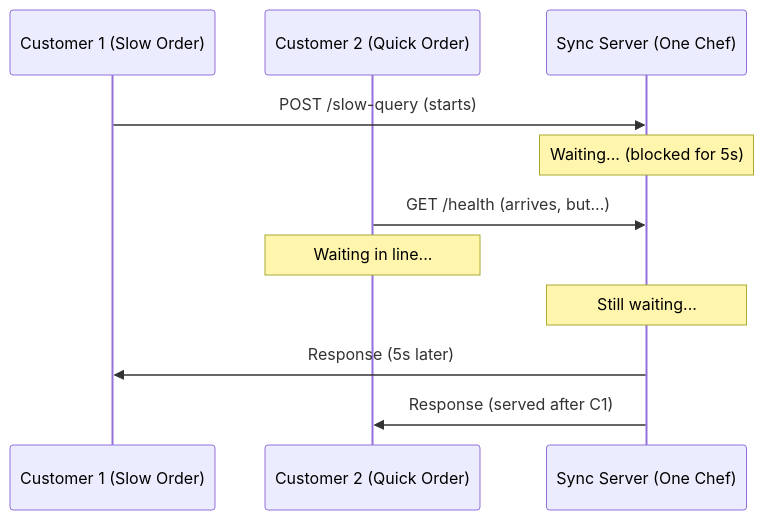
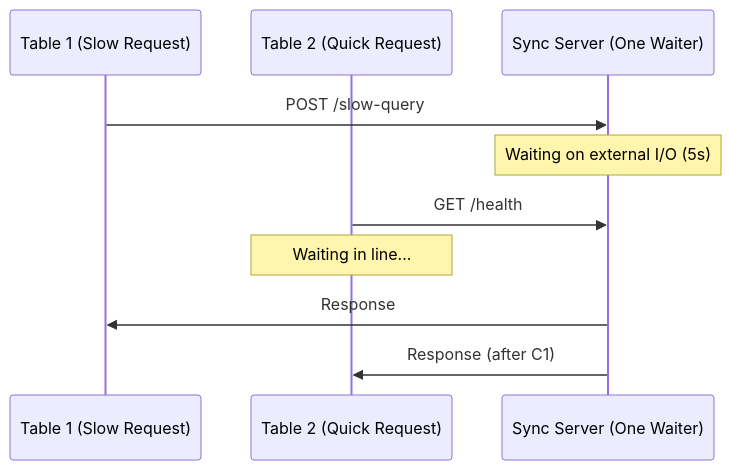
One commit to manhowong/FastAPI-for-python-coders changed the diagram in src/part-03.qmd. Above: the diagram before and after it, drawn with Mermaid. The commit also changed other lines of this file and 6 other files, not shown here.

````diff
--- a/src/part-03.qmd
+++ b/src/part-03.qmd
@@ -21,14 +18,13 @@
 ```{mermaid}
 sequenceDiagram
-    participant C1 as Customer 1 (Slow Order)
-    participant C2 as Customer 2 (Quick Order)
-    participant S as Sync Server (One Chef)
-    
-    C1->>S: POST /slow-query (starts)
-    Note over S: Waiting... (blocked for 5s)
-    C2->>S: GET /health (arrives, but...)
+    participant C1 as Table 1 (Slow Request)
+    participant C2 as Table 2 (Quick Request)
+    participant S as Sync Server (One Waiter)
+
+    C1->>S: POST /slow-query
+    Note over S: Waiting on external I/O (5s)
+    C2->>S: GET /health
     Note over C2: Waiting in line...
-    Note over S: Still waiting...
-    S->>C1: Response (5s later)
-    S->>C2: Response (served after C1)
+    S->>C1: Response
+    S->>C2: Response (after C1)
 ```
````
